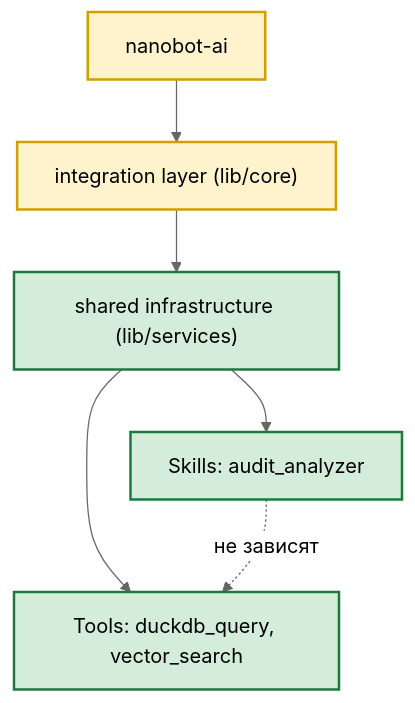
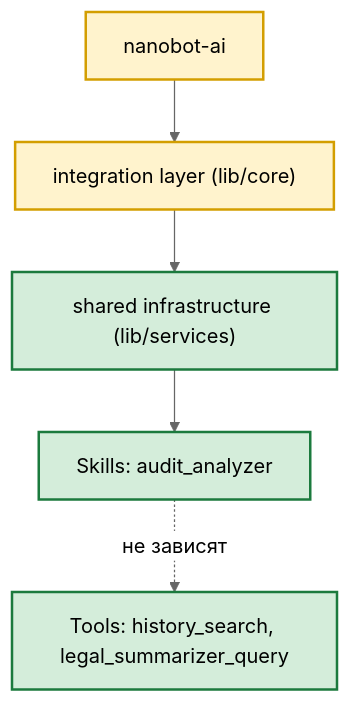
Diagram 11 of 13 in docs/TARGET_ARCHITECTURE.md (AlexEgorov85/workspaces_nanobot), drawn with Mermaid (neutral theme) before and after one commit. The commit also changed other lines of this file and 8 other files, not shown here.

````diff
--- a/docs/TARGET_ARCHITECTURE.md
+++ b/docs/TARGET_ARCHITECTURE.md
@@ -739,14 +744,13 @@
 ```mermaid
 flowchart TB
     NB["nanobot-ai"] --> IL["integration layer (lib/core)"]
     IL --> SI["shared infrastructure (lib/services)"]
     SI --> SK["Skills: audit_analyzer"]
-    SI --> TL["Tools: duckdb_query, vector_search"]
-    SK -.не зависят.-> TL
+    SK -.не зависят.-> TL["Tools: history_search, legal_summarizer_query"]
     classDef core fill:#fff3cd,stroke:#d39e00,stroke-width:2px
     classDef ext fill:#d1ecf1,stroke:#0c5460,stroke-width:2px
     classDef infra fill:#d4edda,stroke:#1b7a3d,stroke-width:2px
     class NB,IL core
     class SI infra
     class SK,TL infra
 ```
````
